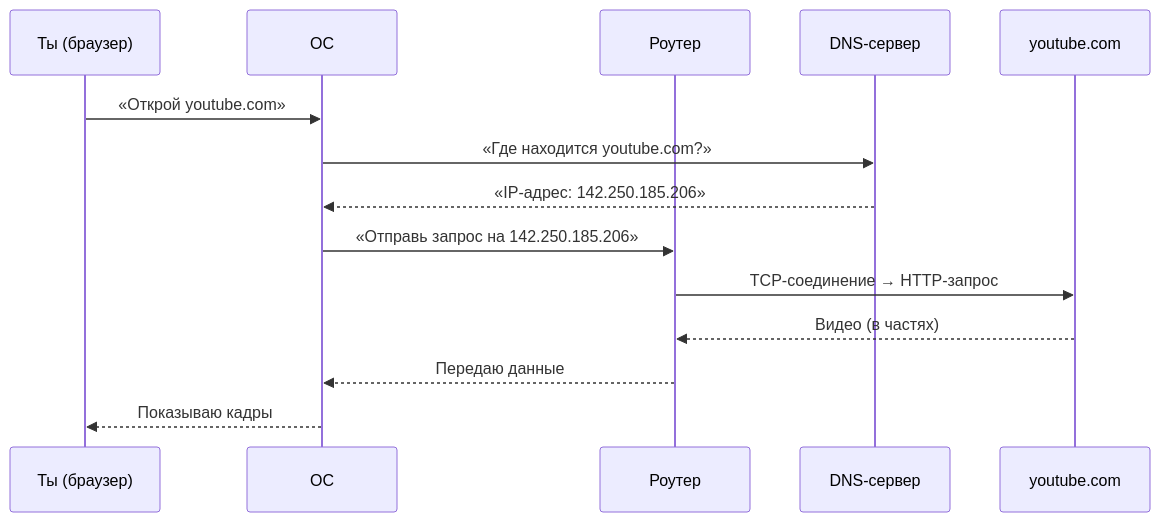
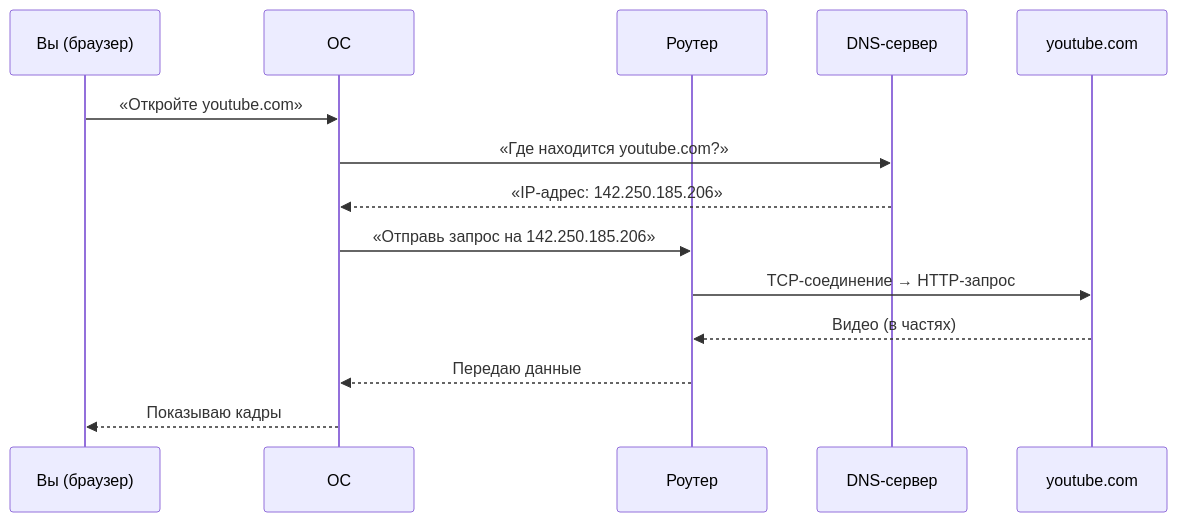
The third of 5 diagrams in docs/encyclopedia/9-spinoff/9-11-dlya-detey/1-computer/15.md (Spirzen/it-knowledge-base), drawn with Mermaid before and after one commit. The commit also changed other lines of this file and 1180 other files, not shown here.

````diff
--- a/docs/encyclopedia/9-spinoff/9-11-dlya-detey/1-computer/15.md
+++ b/docs/encyclopedia/9-spinoff/9-11-dlya-detey/1-computer/15.md
@@ -527,17 +527,17 @@
 ```mermaid
 sequenceDiagram
-    participant Ты as Ты (браузер)
+    participant Вы as Вы (браузер)
     participant ОС as ОС
     participant Роутер as Роутер
     participant DNS as DNS-сервер
     participant Сервер as youtube.com
 
-    Ты->>ОС: «Открой youtube.com»
+    Вы->>ОС: «Откройте youtube.com»
     ОС->>DNS: «Где находится youtube.com?»
     DNS-->>ОС: «IP-адрес: 142.250.185.206»
     ОС->>Роутер: «Отправь запрос на 142.250.185.206»
     Роутер->>Сервер: TCP-соединение → HTTP-запрос
     Сервер-->>Роутер: Видео (в частях)
     Роутер-->>ОС: Передаю данные
-    ОС-->>Ты: Показываю кадры
+    ОС-->>Вы: Показываю кадры
 ```
````
